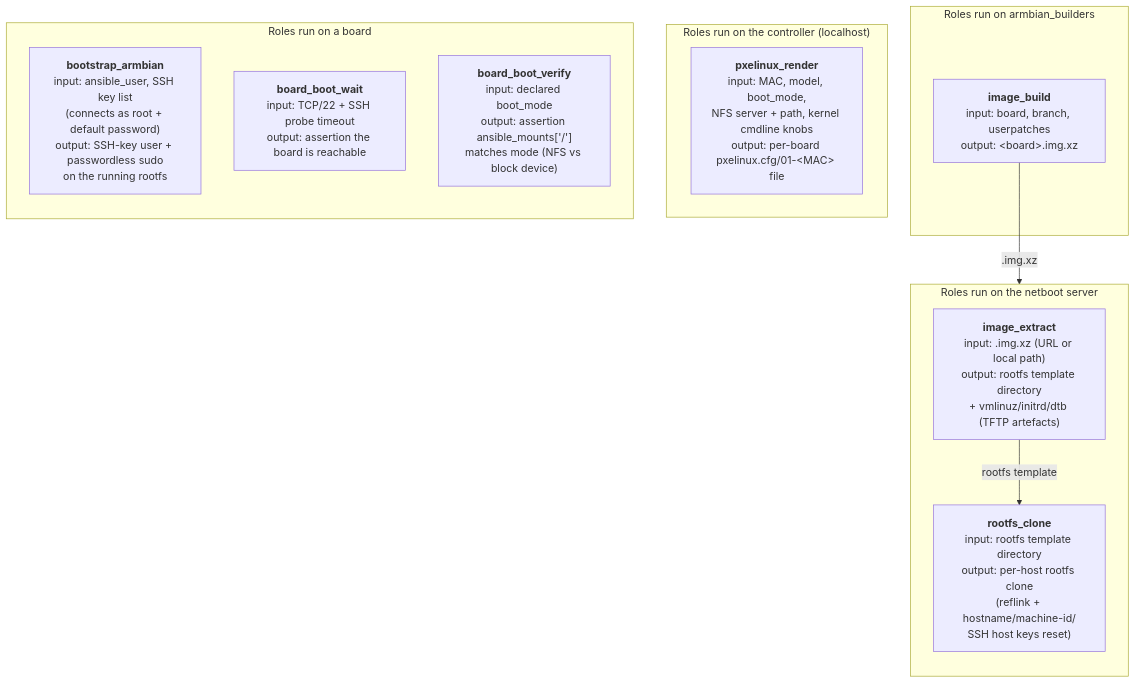
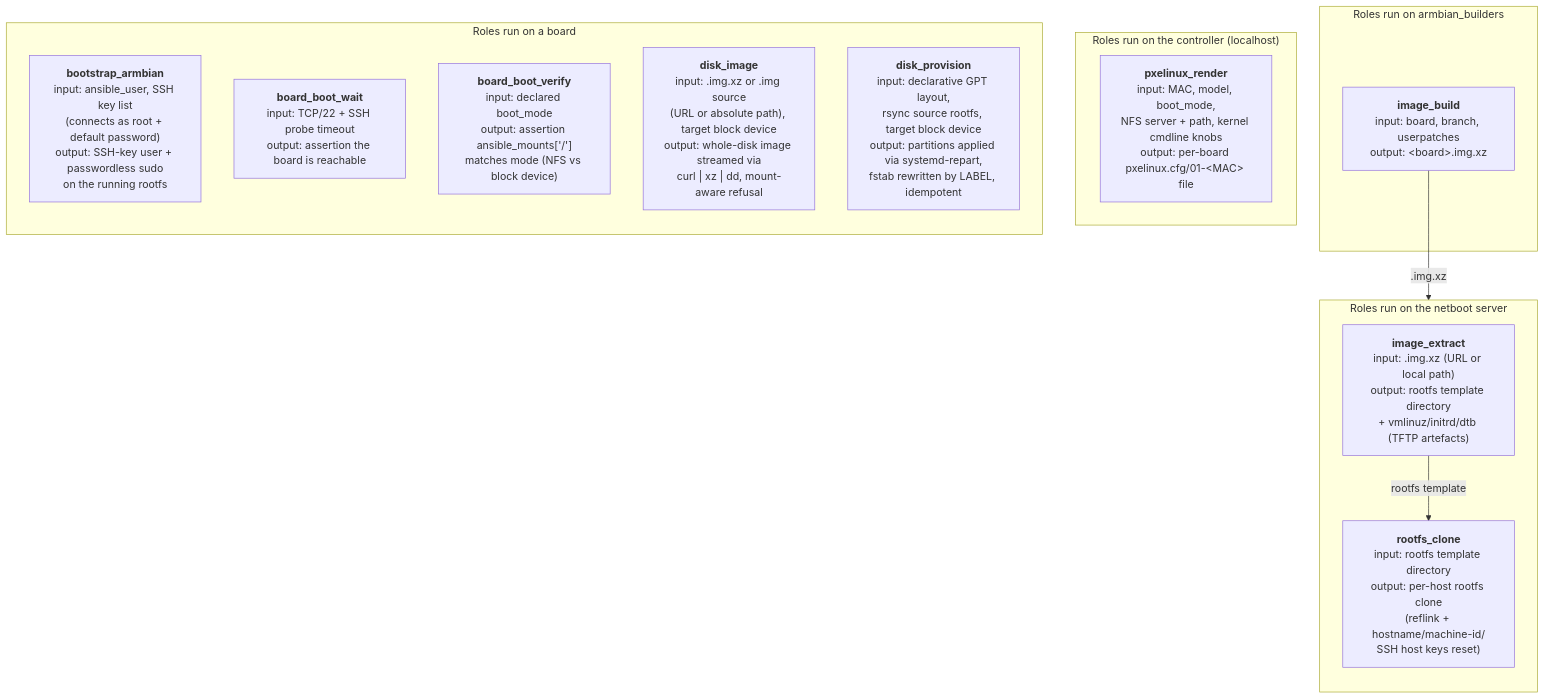
One commit to david-igou/ansible-collection-armbian changed the first of 6 diagrams in README.md. Above: the diagram before and after it, drawn with Mermaid. The commit also changed other lines of this file and 20 other files, not shown here.

````diff
--- a/README.md
+++ b/README.md
@@ -102,26 +102,28 @@
 ```mermaid
 flowchart TB
     subgraph H1["Roles run on armbian_builders"]
         R_IB["<b>image_build</b><br/>input: board, branch, userpatches<br/>output: &lt;board&gt;.img.xz"]
     end
 
     subgraph H2["Roles run on the netboot server"]
         direction TB
         R_IE["<b>image_extract</b><br/>input: .img.xz (URL or local path)<br/>output: rootfs template directory<br/>+ vmlinuz/initrd/dtb (TFTP artefacts)"]
         R_RC["<b>rootfs_clone</b><br/>input: rootfs template directory<br/>output: per-host rootfs clone<br/>(reflink + hostname/machine-id/<br/>SSH host keys reset)"]
     end
 
     subgraph H3["Roles run on the controller (localhost)"]
         R_PR["<b>pxelinux_render</b><br/>input: MAC, model, boot_mode,<br/>NFS server + path, kernel cmdline knobs<br/>output: per-board pxelinux.cfg/01-&lt;MAC&gt; file"]
     end
 
     subgraph H4["Roles run on a board"]
         direction TB
         R_BA["<b>bootstrap_armbian</b><br/>input: ansible_user, SSH key list<br/>(connects as root + default password)<br/>output: SSH-key user + passwordless sudo<br/>on the running rootfs"]
         R_BBW["<b>board_boot_wait</b><br/>input: TCP/22 + SSH probe timeout<br/>output: assertion the board is reachable"]
         R_BBV["<b>board_boot_verify</b><br/>input: declared boot_mode<br/>output: assertion ansible_mounts['/']<br/>matches mode (NFS vs block device)"]
+        R_DI["<b>disk_image</b><br/>input: .img.xz or .img source<br/>(URL or absolute path), target block device<br/>output: whole-disk image streamed via<br/>curl | xz | dd, mount-aware refusal"]
+        R_DP["<b>disk_provision</b><br/>input: declarative GPT layout,<br/>rsync source rootfs, target block device<br/>output: partitions applied via systemd-repart,<br/>fstab rewritten by LABEL, idempotent"]
     end
 
     R_IB -- ".img.xz" --> R_IE
     R_IE -- "rootfs template" --> R_RC
 ```
````
